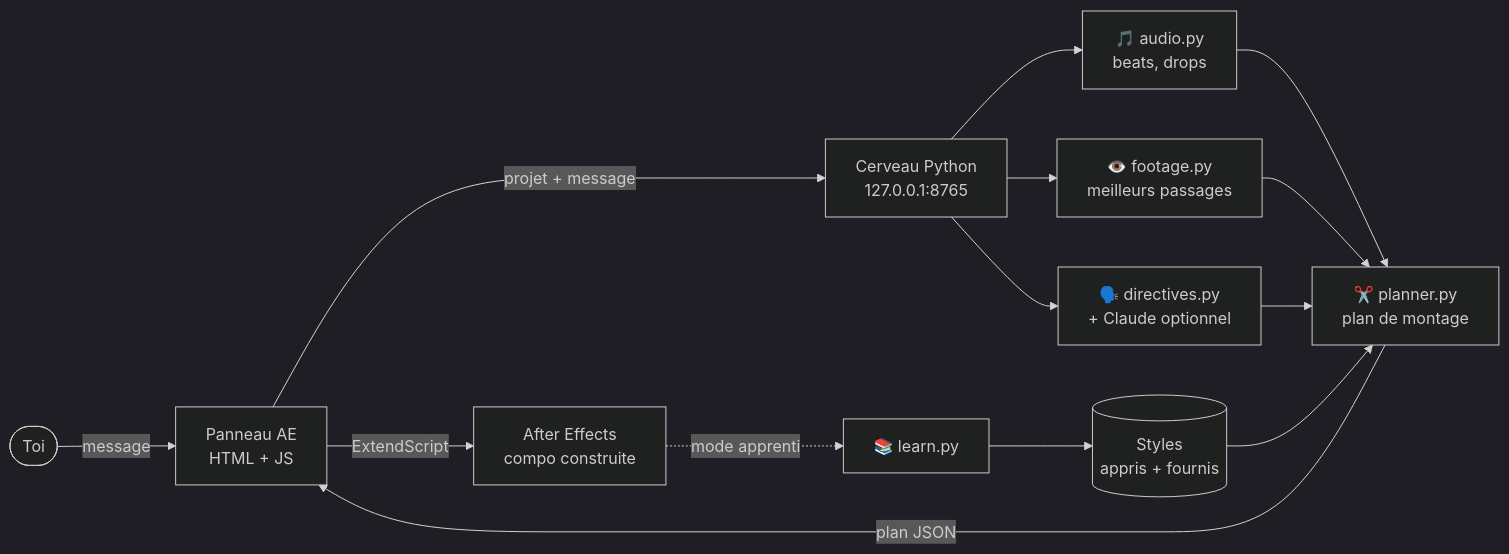
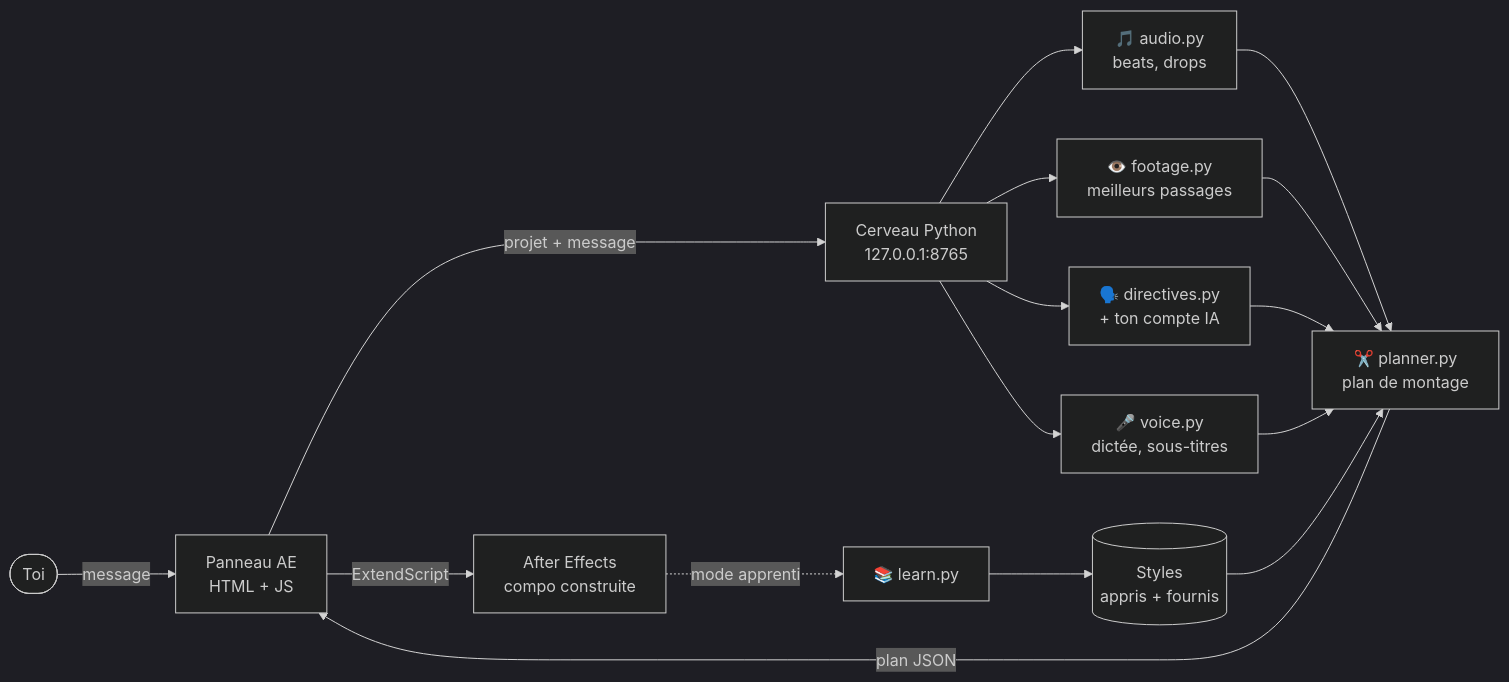
Before and after one commit to gninoue-dev/EditSensei_AI: the diagram in README.md, drawn with Mermaid (dark theme). The commit also changed other lines of this file and 20 other files, not shown here.

First line of the commit message:
EditSensei v3 : piloté par ton compte IA + dictée vocale + sous-titres auto (#2)

````diff
--- a/README.md
+++ b/README.md
@@ -91,14 +109,15 @@
 ```mermaid
 flowchart LR
     U([Toi]) -- message --> P[Panneau AE<br/>HTML + JS]
     P -- projet + message --> B[Cerveau Python<br/>127.0.0.1:8765]
     B --> A[🎵 audio.py<br/>beats, drops]
     B --> F[👁️ footage.py<br/>meilleurs passages]
-    B --> D[🗣️ directives.py<br/>+ Claude optionnel]
-    A & F & D --> PL[✂️ planner.py<br/>plan de montage]
+    B --> D[🗣️ directives.py<br/>+ ton compte IA]
+    B --> V[🎤 voice.py<br/>dictée, sous-titres]
+    A & F & D & V --> PL[✂️ planner.py<br/>plan de montage]
     S[(Styles<br/>appris + fournis)] --> PL
     PL -- plan JSON --> P
     P -- ExtendScript --> AE[After Effects<br/>compo construite]
     AE -. mode apprenti .-> L[📚 learn.py]
     L --> S
 ```
````
